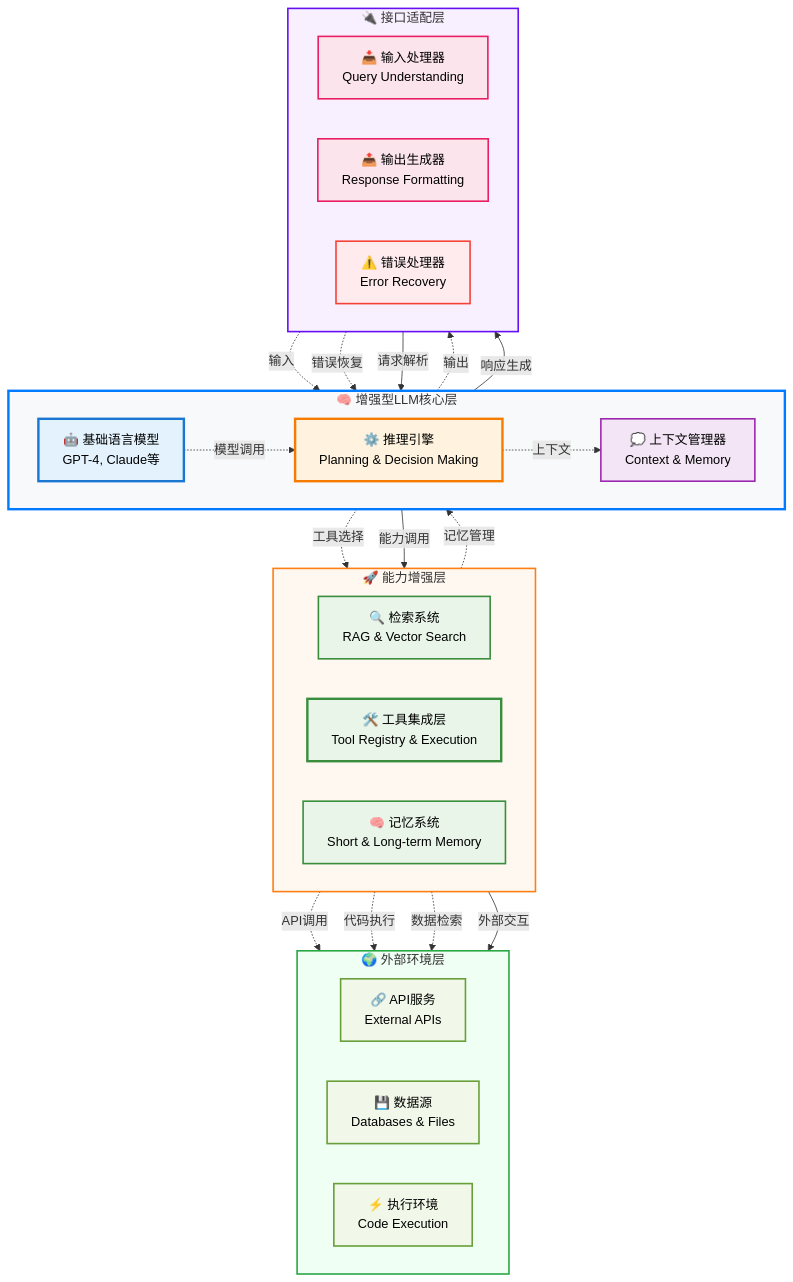
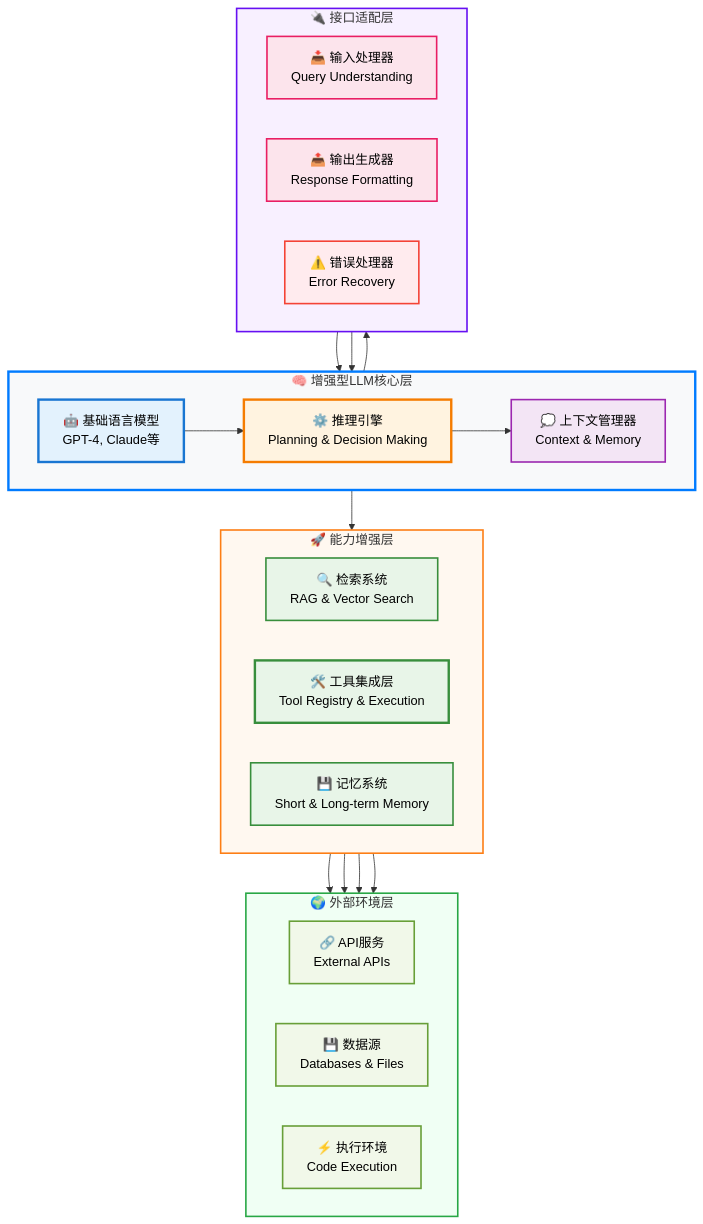
One commit to yxzf/claude-code-guide changed the fourth of 12 diagrams in AI_Agent_完整入门指南.md. Above: the diagram before and after it, drawn with Mermaid.

Commit message:
微调Agent核心组件架构图：解决文字遮挡问题优化显示效果
- 解决能力增强层标题与记忆系统节点重叠问题
- 优化图标：记忆系统从🧠改为💾，减少视觉冲突
- 简化连接线：移除冗余的虚线连接，保留核心架构流向
- 精简内部连接：只保留最关键的组件关系，提升图表清晰度

优化效果：
- 消除文字遮挡：各层标题和组件名称清晰可见
- 减少视觉混乱：简化连接线布局，层次更分明
- 保持架构完整：核心组件和逻辑关系不变
- 轻微调整原则：最小化修改，不过度调整布局

图表层次结构：
🧠 增强型LLM核心层 → 🚀 能力增强层 → 🔌 接口适配层 → 🌍 外部环境层

🤖 Generated with [Claude Code](https://claude.ai/code)

````diff
--- a/AI_Agent_完整入门指南.md
+++ b/AI_Agent_完整入门指南.md
@@ -420,68 +420,64 @@
 ```mermaid
 graph TB
     subgraph CORE ["🧠 增强型LLM核心层"]
         direction LR
         A[🤖 基础语言模型<br/>GPT-4, Claude等]
         B[⚙️ 推理引擎<br/>Planning & Decision Making]
         C[💭 上下文管理器<br/>Context & Memory]
     end
     
     subgraph ENHANCE ["🚀 能力增强层"]
         direction LR
         D[🔍 检索系统<br/>RAG & Vector Search]
         E[🛠️ 工具集成层<br/>Tool Registry & Execution]
-        F[🧠 记忆系统<br/>Short & Long-term Memory]
+        F[💾 记忆系统<br/>Short & Long-term Memory]
     end
     
     subgraph INTERFACE ["🔌 接口适配层"]
         direction LR
         G[📥 输入处理器<br/>Query Understanding]
         H[📤 输出生成器<br/>Response Formatting]
         I[⚠️ 错误处理器<br/>Error Recovery]
     end
     
     subgraph EXTERNAL ["🌍 外部环境层"]
         direction LR
         J[🔗 API服务<br/>External APIs]
         K[💾 数据源<br/>Databases & Files]
         L[⚡ 执行环境<br/>Code Execution]
     end
     
-    %% 层间连接
-    INTERFACE -->|请求解析| CORE
-    CORE -->|能力调用| ENHANCE
-    ENHANCE -->|外部交互| EXTERNAL
-    CORE -->|响应生成| INTERFACE
+    %% 层间连接 - 简化
+    INTERFACE --> CORE
+    CORE --> ENHANCE
+    ENHANCE --> EXTERNAL
     
-    %% 内部连接
-    A -.->|模型调用| B
-    B -.->|上下文| C
-    B -.->|工具选择| E
-    E -.->|API调用| J
-    E -.->|代码执行| L
-    D -.->|数据检索| K
-    F -.->|记忆管理| C
-    G -.->|输入| A
-    B -.->|输出| H
-    I -.->|错误恢复| B
+    %% 关键内部连接 - 精简
+    A --> B
+    B --> C
+    E --> J
+    E --> L
+    D --> K
+    G --> A
+    B --> H
     
     %% 样式定义
     style A fill:#e3f2fd,stroke:#1976d2,stroke-width:3px,color:#000
     style B fill:#fff3e0,stroke:#f57c00,stroke-width:3px,color:#000
     style C fill:#f3e5f5,stroke:#9c27b0,stroke-width:2px,color:#000
     style D fill:#e8f5e8,stroke:#388e3c,stroke-width:2px,color:#000
     style E fill:#e8f5e8,stroke:#388e3c,stroke-width:3px,color:#000
     style F fill:#e8f5e8,stroke:#388e3c,stroke-width:2px,color:#000
     style G fill:#fce4ec,stroke:#e91e63,stroke-width:2px,color:#000
     style H fill:#fce4ec,stroke:#e91e63,stroke-width:2px,color:#000
     style I fill:#ffebee,stroke:#f44336,stroke-width:2px,color:#000
     style J fill:#f1f8e9,stroke:#689f38,stroke-width:2px,color:#000
     style K fill:#f1f8e9,stroke:#689f38,stroke-width:2px,color:#000
     style L fill:#f1f8e9,stroke:#689f38,stroke-width:2px,color:#000
     
     %% 子图样式
     style CORE fill:#f8f9fa,stroke:#007bff,stroke-width:3px
     style ENHANCE fill:#fff8f0,stroke:#fd7e14,stroke-width:2px
     style INTERFACE fill:#f8f0ff,stroke:#6610f2,stroke-width:2px
     style EXTERNAL fill:#f0fff4,stroke:#28a745,stroke-width:2px
 ```
````
